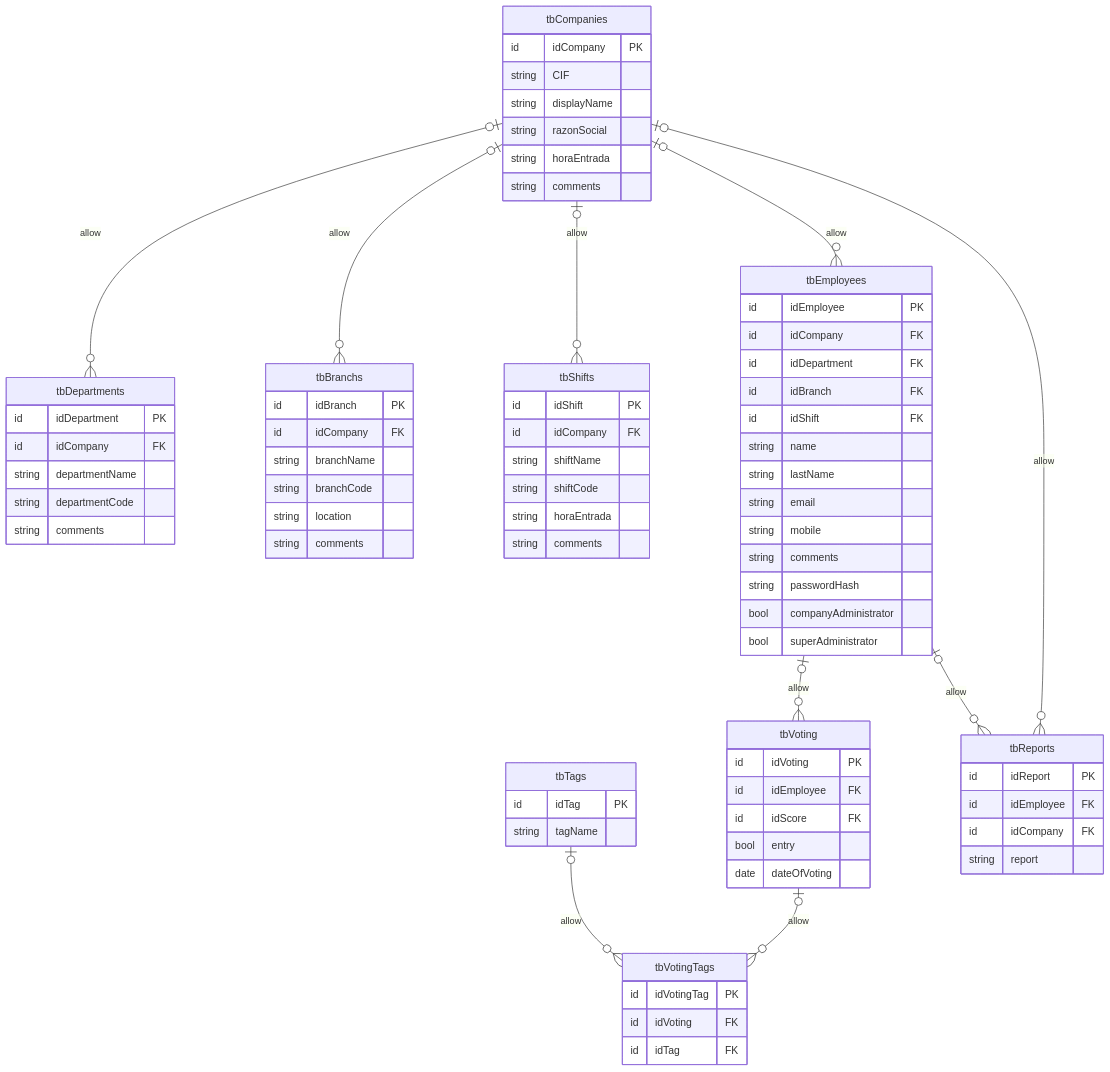
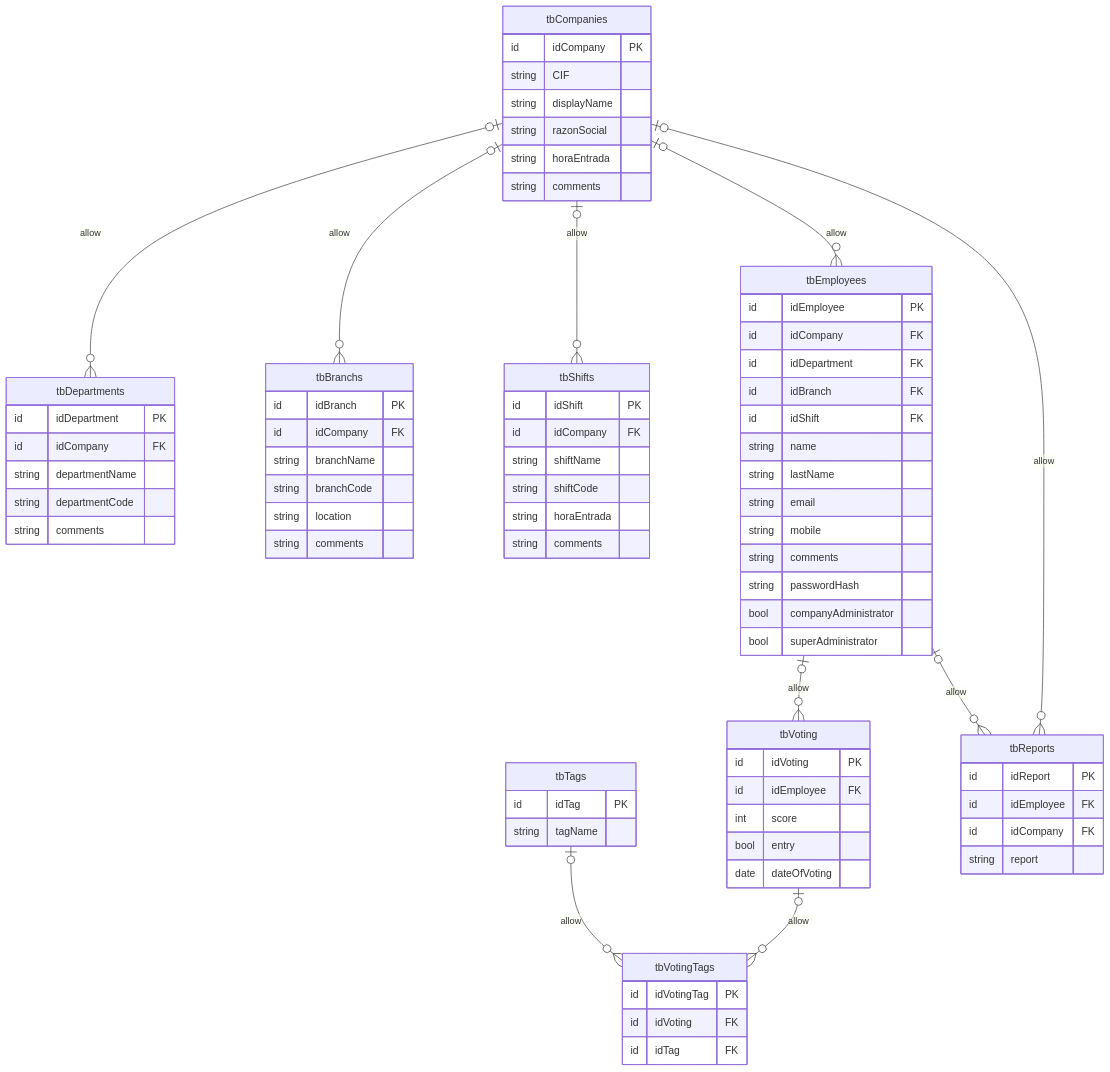
Before and after one commit to alexBasurto/tripulaciones_back: the diagram in NOTAS.md, drawn with Mermaid. The commit also changed other lines of this file and 1 other file, not shown here.

Commit message:
BBDD corrección tbVoting

```diff
--- a/NOTAS.md
+++ b/NOTAS.md
@@ -100,7 +100,7 @@
     tbVoting {
         id idVoting PK
         id idEmployee FK
-        id idScore FK
+        int score
         bool entry
         date dateOfVoting
     }
```
